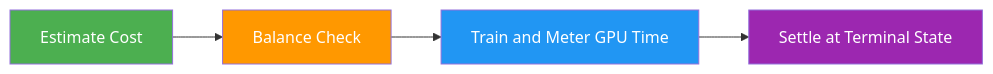
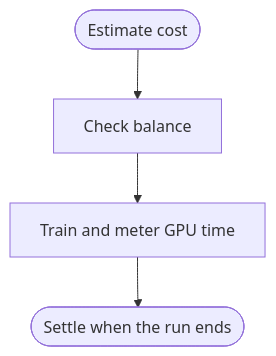
The third of 3 diagrams in docs/en/platform/train/cloud-training.md (ultralytics/ultralytics), drawn with Mermaid before and after one commit. The commit also changed other lines of this file and 20 other files, not shown here.

Commit message:
Migrate docs Mermaid diagrams to the unified design system (#26573)

````diff
--- a/docs/en/platform/train/cloud-training.md
+++ b/docs/en/platform/train/cloud-training.md
@@ -362,11 +353,6 @@
 ```mermaid
-graph LR
-    A[Estimate Cost]:::start --> B[Balance Check]:::decide
-    B --> C[Train and Meter GPU Time]:::proc
-    C --> D[Settle at Terminal State]:::out
-
-    classDef start fill:#4CAF50,color:#fff
-    classDef proc fill:#2196F3,color:#fff
-    classDef decide fill:#FF9800,color:#fff
-    classDef out fill:#9C27B0,color:#fff
+flowchart TD
+    A([Estimate cost]) --> B[Check balance]
+    B --> C[Train and meter GPU time]
+    C --> D([Settle when the run ends])
 ```
````
